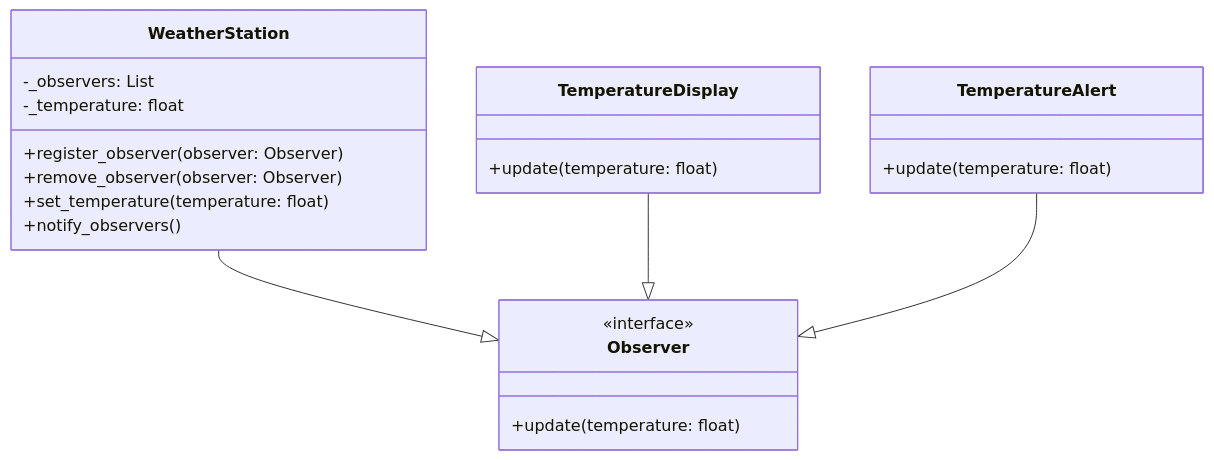
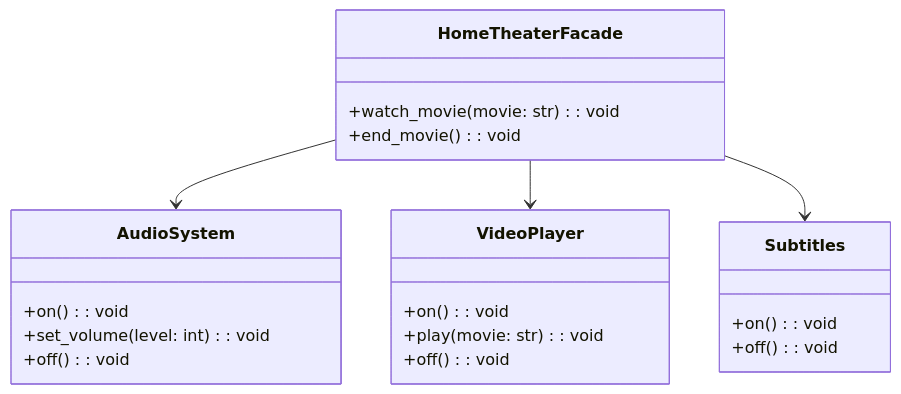
Before and after one commit to SashaKuh/OOP: the diagram in denys_khaliuk/lab_12_/README.md, drawn with Mermaid. The commit also changed other lines of this file, not shown here.

````diff
--- a/denys_khaliuk/lab_12_/README.md
+++ b/denys_khaliuk/lab_12_/README.md
@@ -101,25 +73,31 @@
 ```mermaid
 classDiagram
-    class Observer {
-        <<interface>>
-        +update(temperature: float)
+    HomeTheaterFacade --> AudioSystem
+    HomeTheaterFacade --> VideoPlayer
+    HomeTheaterFacade --> Subtitles
+
+    class HomeTheaterFacade {
+        +watch_movie(movie: str): void
+        +end_movie(): void
     }
-    class WeatherStation {
-        -_observers: List<Observer>
-        -_temperature: float
-        +register_observer(observer: Observer)
-        +remove_observer(observer: Observer)
-        +set_temperature(temperature: float)
-        +notify_observers()
+
+    class AudioSystem {
+        +on(): void
+        +set_volume(level: int): void
+        +off(): void
     }
-    class TemperatureDisplay {
-        +update(temperature: float)
+
+    class VideoPlayer {
+        +on(): void
+        +play(movie: str): void
+        +off(): void
     }
-    class TemperatureAlert {
-        +update(temperature: float)
+
+    class Subtitles {
+        +on(): void
+        +off(): void
     }
-    WeatherStation --|> Observer
-    TemperatureDisplay --|> Observer
-    TemperatureAlert --|> Observer
+
+
 
 ```
````
